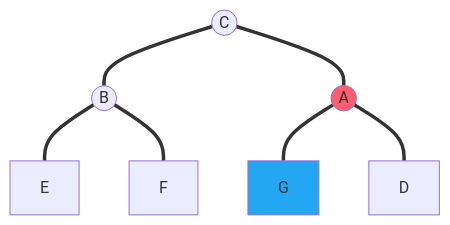
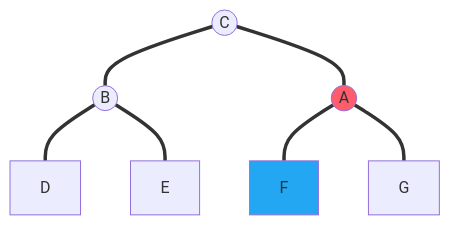
Before and after one commit to WintermelonC/WintermelonC_Docs: diagram 11 of 25 in docs/zju/compulsory_courses/ADS/ch1.md, drawn with Mermaid. The commit also changed other lines of this file and 11 other files, not shown here.

````diff
--- a/docs/zju/compulsory_courses/ADS/ch1.md
+++ b/docs/zju/compulsory_courses/ADS/ch1.md
@@ -228,18 +228,18 @@
     ```mermaid
     graph TD;
     D[D]
     A((A))
     C((C))
     B((B))
     E[E]
     F[F]
     G[G]
     C === B
     C === A
+    B === D
     B === E
-    B === F
+    A === F
     A === G
-    A === D
     style A fill: #ff5c6c
-    style G fill: #23a7f2
+    style F fill: #23a7f2
     ```
````
